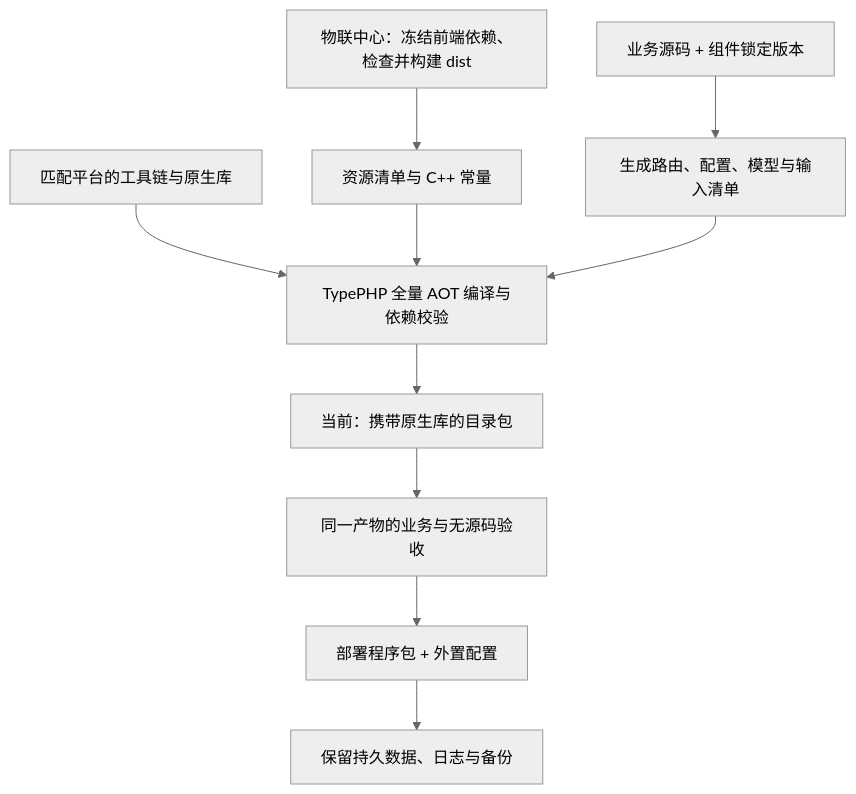
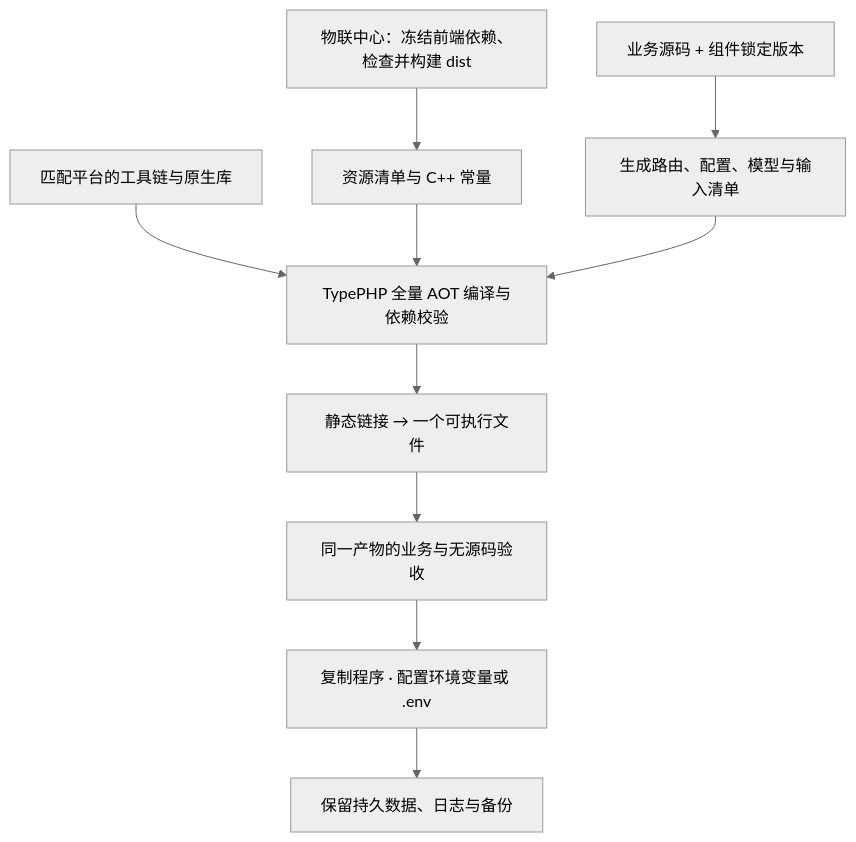
Before and after one commit to zoujingli/typeapp: the first of 2 diagrams in docs/guide/deployment.md, drawn with Mermaid (neutral theme). The commit also changed other lines of this file and 46 other files, not shown here.

````diff
--- a/docs/guide/deployment.md
+++ b/docs/guide/deployment.md
@@ -35,12 +35,12 @@
 ```mermaid
 flowchart TB
   Source["业务源码 + 组件锁定版本"] --> Generate["生成路由、配置、模型与输入清单"]
   SDK["匹配平台的工具链与原生库"] --> Compile
   Web["物联中心：冻结前端依赖、检查并构建 dist"] --> Embedded["资源清单与 C++ 常量"]
   Embedded --> Compile
   Generate --> Compile["TypePHP 全量 AOT 编译与依赖校验"]
-  Compile --> Package["当前：携带原生库的目录包"]
+  Compile --> Package["静态链接 → 一个可执行文件"]
   Package --> Verify["同一产物的业务与无源码验收"]
-  Verify --> Deploy["部署程序包 + 外置配置"]
+  Verify --> Deploy["复制程序 · 配置环境变量或 .env"]
   Deploy --> Data["保留持久数据、日志与备份"]
 ```
````
